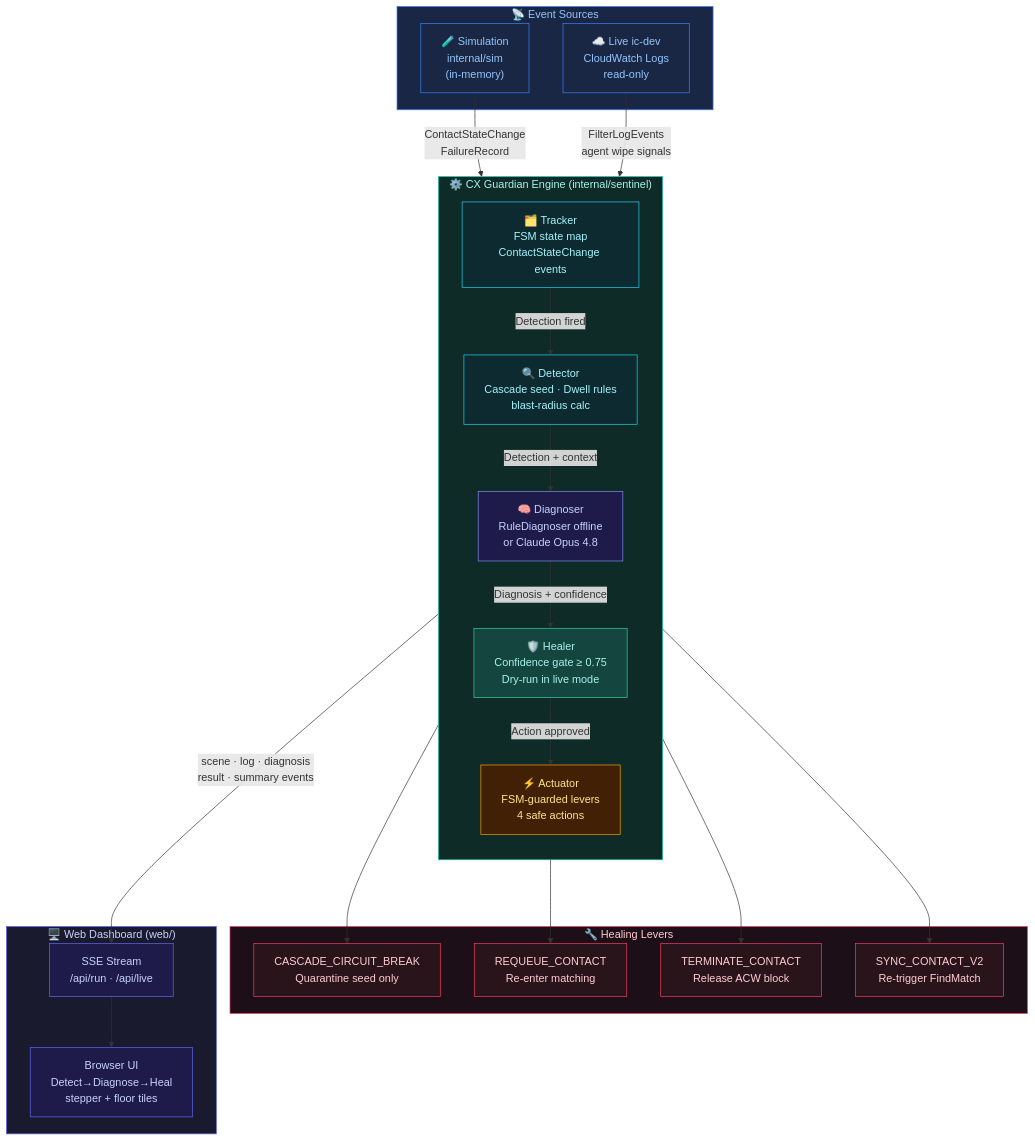
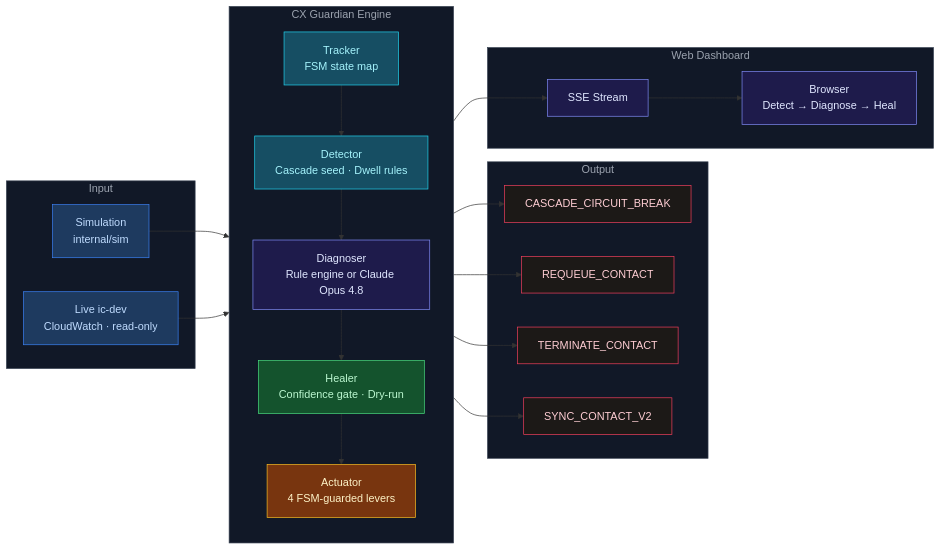
The diagram in README.md (vrushabh-dhone/em-sentinel), drawn with Mermaid before and after one commit.

Commit message:
docs: redesign architecture diagram as unified LR flow with dark-base styling
Replace the high-contrast multi-colored subgraph diagram with a left-to-right
flowchart that uses a single dark (#111827) subgraph background across all four
groups. Node colors use muted accent tones (blue, cyan, indigo, green, amber, red)
so the diagram reads as one connected system rather than isolated color blocks.

````diff
--- a/README.md
+++ b/README.md
@@ -122,57 +122,58 @@
 ```mermaid
-flowchart TD
-    subgraph SOURCES["📡 Event Sources"]
-        SIM["🧪 Simulation\ninternal/sim\n(in-memory)"]
-        LIVE["☁️ Live ic-dev\nCloudWatch Logs\nread-only"]
+flowchart LR
+    subgraph IN["Input"]
+        SIM["Simulation\ninternal/sim"]
+        LIVE["Live ic-dev\nCloudWatch · read-only"]
     end
 
-    subgraph ENGINE["⚙️ CX Guardian Engine  (internal/sentinel)"]
+    subgraph CORE["CX Guardian Engine"]
         direction TB
-        TRACKER["🗂️ Tracker\nFSM state map\nContactStateChange events"]
-        DETECTOR["🔍 Detector\nCascade seed · Dwell rules\nblast-radius calc"]
-        DIAGNOSER["🧠 Diagnoser\nRuleDiagnoser offline\nor Claude Opus 4.8"]
-        HEALER["🛡️ Healer\nConfidence gate ≥ 0.75\nDry-run in live mode"]
-        ACTUATOR["⚡ Actuator\nFSM-guarded levers\n4 safe actions"]
+        TRACKER["Tracker\nFSM state map"]
+        DETECTOR["Detector\nCascade seed · Dwell rules"]
+        DIAGNOSER["Diagnoser\nRule engine or Claude Opus 4.8"]
+        HEALER["Healer\nConfidence gate · Dry-run"]
+        ACTUATOR["Actuator\n4 FSM-guarded levers"]
 
-        TRACKER -->|"Detection fired"| DETECTOR
-        DETECTOR -->|"Detection + context"| DIAGNOSER
-        DIAGNOSER -->|"Diagnosis + confidence"| HEALER
-        HEALER -->|"Action approved"| ACTUATOR
+        TRACKER --> DETECTOR --> DIAGNOSER --> HEALER --> ACTUATOR
     end
 
-    subgraph LEVERS["🔧 Healing Levers"]
-        L1["CASCADE_CIRCUIT_BREAK\nQuarantine seed only"]
-        L2["REQUEUE_CONTACT\nRe-enter matching"]
-        L3["TERMINATE_CONTACT\nRelease ACW block"]
-        L4["SYNC_CONTACT_V2\nRe-trigger FindMatch"]
+    subgraph OUT["Output"]
+        L1["CASCADE_CIRCUIT_BREAK"]
+        L2["REQUEUE_CONTACT"]
+        L3["TERMINATE_CONTACT"]
+        L4["SYNC_CONTACT_V2"]
     end
 
-    subgraph DASHBOARD["🖥️ Web Dashboard  (web/)"]
-        SSE["SSE Stream\n/api/run · /api/live"]
-        UI["Browser UI\nDetect→Diagnose→Heal\nstepper + floor tiles"]
-        SSE --> UI
+    subgraph UI["Web Dashboard"]
+        SSE["SSE Stream"]
+        BROWSER["Browser\nDetect → Diagnose → Heal"]
+        SSE --> BROWSER
     end
 
-    SIM -->|"ContactStateChange\nFailureRecord"| TRACKER
-    LIVE -->|"FilterLogEvents\nagent wipe signals"| TRACKER
+    SIM --> TRACKER
+    LIVE --> TRACKER
     ACTUATOR --> L1 & L2 & L3 & L4
-    ENGINE -->|"scene · log · diagnosis\nresult · summary events"| SSE
+    CORE --> SSE
 
-    style SOURCES fill:#1a2744,stroke:#3b82f6,color:#93c5fd
-    style ENGINE fill:#0f2b27,stroke:#2dd4bf,color:#a7f3ec
-    style LEVERS fill:#1c0f18,stroke:#f43f5e,color:#fecdd3
-    style DASHBOARD fill:#1a1a2e,stroke:#6366f1,color:#c7d2fe
-    style TRACKER fill:#0c2a30,stroke:#22d3ee,color:#a5f3fc
-    style DETECTOR fill:#0c2a30,stroke:#22d3ee,color:#a5f3fc
-    style DIAGNOSER fill:#1e1b4b,stroke:#818cf8,color:#c7d2fe
-    style HEALER fill:#14463f,stroke:#34d399,color:#a7f3ec
-    style ACTUATOR fill:#422006,stroke:#f59e0b,color:#fde68a
-    style L1 fill:#2a141c,stroke:#f43f5e,color:#fecdd3
-    style L2 fill:#2a141c,stroke:#f43f5e,color:#fecdd3
-    style L3 fill:#2a141c,stroke:#f43f5e,color:#fecdd3
-    style L4 fill:#2a141c,stroke:#f43f5e,color:#fecdd3
-    style SSE fill:#1e1b4b,stroke:#6366f1,color:#c7d2fe
-    style UI fill:#1e1b4b,stroke:#6366f1,color:#c7d2fe
-    style SIM fill:#1a2744,stroke:#3b82f6,color:#93c5fd
-    style LIVE fill:#1a2744,stroke:#3b82f6,color:#93c5fd
+    style IN fill:#111827,stroke:#374151,color:#9ca3af
+    style CORE fill:#111827,stroke:#374151,color:#9ca3af
+    style OUT fill:#111827,stroke:#374151,color:#9ca3af
+    style UI fill:#111827,stroke:#374151,color:#9ca3af
+
+    style SIM fill:#1e3a5f,stroke:#3b82f6,color:#bfdbfe
+    style LIVE fill:#1e3a5f,stroke:#3b82f6,color:#bfdbfe
+
+    style TRACKER fill:#164e63,stroke:#22d3ee,color:#a5f3fc
+    style DETECTOR fill:#164e63,stroke:#22d3ee,color:#a5f3fc
+    style DIAGNOSER fill:#1e1b4b,stroke:#818cf8,color:#e0e7ff
+    style HEALER fill:#14532d,stroke:#4ade80,color:#bbf7d0
+    style ACTUATOR fill:#78350f,stroke:#fbbf24,color:#fef3c7
+
+    style L1 fill:#1c1917,stroke:#f43f5e,color:#fecdd3
+    style L2 fill:#1c1917,stroke:#f43f5e,color:#fecdd3
+    style L3 fill:#1c1917,stroke:#f43f5e,color:#fecdd3
+    style L4 fill:#1c1917,stroke:#f43f5e,color:#fecdd3
+
+    style SSE fill:#1e1b4b,stroke:#818cf8,color:#e0e7ff
+    style BROWSER fill:#1e1b4b,stroke:#818cf8,color:#e0e7ff
 ```
````
